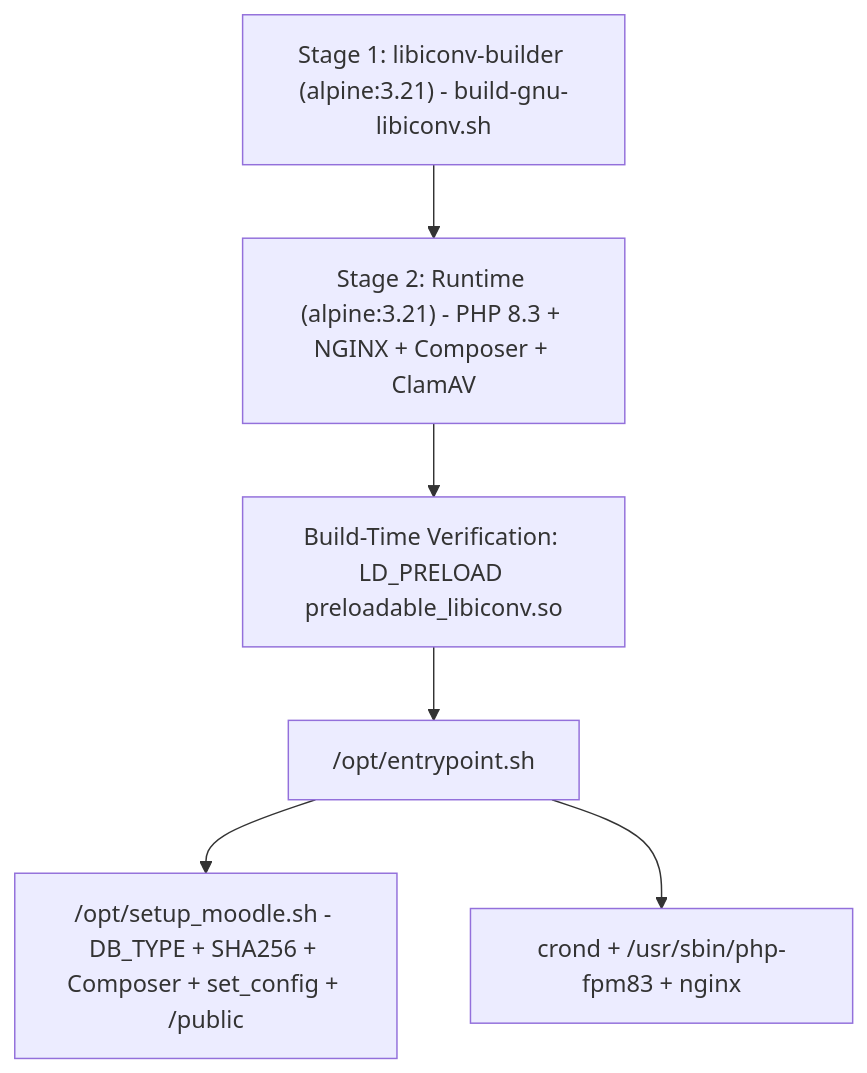
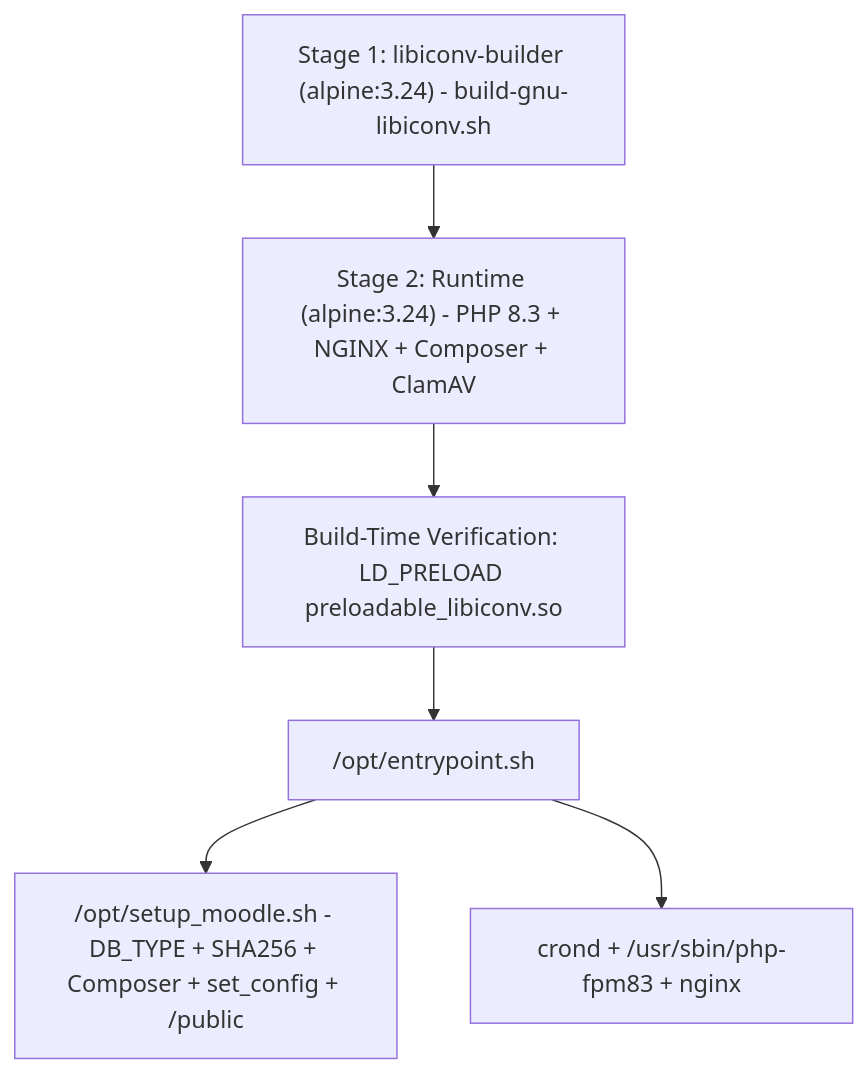
Before and after one commit to google/moodle-on-gcp: the diagram in openwiki/runtime/container-image-moodle52-php83.md, drawn with Mermaid. The commit also changed other lines of this file and 39 other files, not shown here.

````diff
--- a/openwiki/runtime/container-image-moodle52-php83.md
+++ b/openwiki/runtime/container-image-moodle52-php83.md
@@ -27,8 +35,8 @@
 ```mermaid
 flowchart TD
-    S1["Stage 1: libiconv-builder (alpine:3.21) - build-gnu-libiconv.sh"] --> S2["Stage 2: Runtime (alpine:3.21) - PHP 8.3 + NGINX + Composer + ClamAV"]
+    S1["Stage 1: libiconv-builder (alpine:3.24) - build-gnu-libiconv.sh"] --> S2["Stage 2: Runtime (alpine:3.24) - PHP 8.3 + NGINX + Composer + ClamAV"]
     S2 --> Test["Build-Time Verification: LD_PRELOAD preloadable_libiconv.so"]
     Test --> Entry["/opt/entrypoint.sh"]
     Entry --> Setup["/opt/setup_moodle.sh - DB_TYPE + SHA256 + Composer + set_config + /public"]
     Entry --> Daemons["crond + /usr/sbin/php-fpm83 + nginx"]
 ```
````
